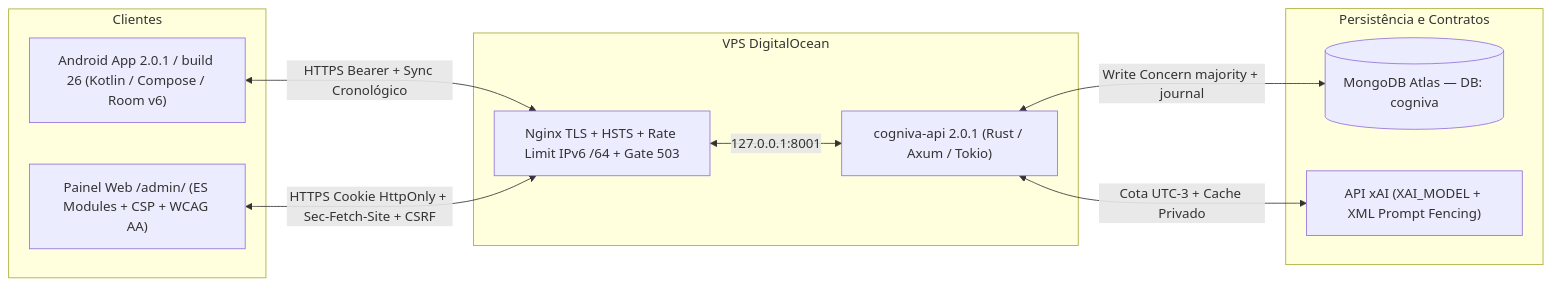
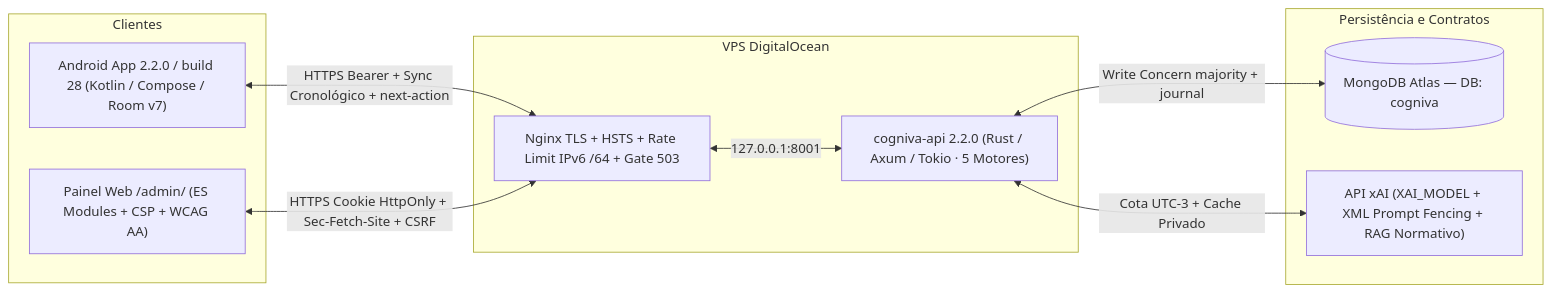
One commit to danielcdes-create/cogniva changed the diagram in docs/ARQUITETURA.md. Above: the diagram before and after it, drawn with Mermaid. The commit also changed other lines of this file and 74 other files, not shown here.

Commit message:
feat(release): Cogniva 2.2.0 (build 28) - 5 motores simetricos v4, grafo de conceitos DAG, Core Loop diario e Room v7

````diff
--- a/docs/ARQUITETURA.md
+++ b/docs/ARQUITETURA.md
@@ -9,23 +9,23 @@
 ```mermaid
 flowchart LR
   subgraph Clientes
-    AND["Android App 2.0.1 / build 26 (Kotlin / Compose / Room v6)"]
+    AND["Android App 2.2.0 / build 28 (Kotlin / Compose / Room v7)"]
     ADM["Painel Web /admin/ (ES Modules + CSP + WCAG AA)"]
   end
 
   subgraph Servidor["VPS DigitalOcean"]
     NGX["Nginx TLS + HSTS + Rate Limit IPv6 /64 + Gate 503"]
-    API["cogniva-api 2.0.1 (Rust / Axum / Tokio)"]
+    API["cogniva-api 2.2.0 (Rust / Axum / Tokio · 5 Motores)"]
   end
 
   subgraph Dados["Persistência e Contratos"]
     MDB[("MongoDB Atlas — DB: cogniva")]
-    XAI["API xAI (XAI_MODEL + XML Prompt Fencing)"]
+    XAI["API xAI (XAI_MODEL + XML Prompt Fencing + RAG Normativo)"]
   end
 
-  AND <-->|"HTTPS Bearer + Sync Cronológico"| NGX
+  AND <-->|"HTTPS Bearer + Sync Cronológico + next-action"| NGX
   ADM <-->|"HTTPS Cookie HttpOnly + Sec-Fetch-Site + CSRF"| NGX
   NGX <-->|"127.0.0.1:8001"| API
   API <-->|"Write Concern majority + journal"| MDB
   API <-->|"Cota UTC-3 + Cache Privado"| XAI
 ```
````
